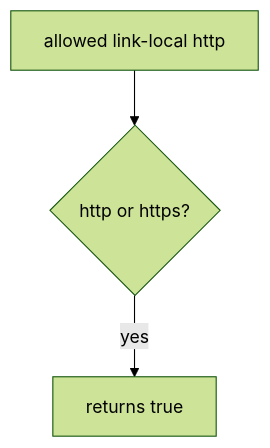
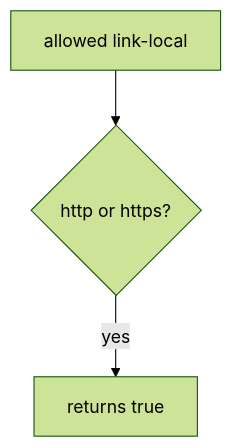
Before and after one commit to ishitvagoel/LearnSecurity: the diagram in content/modules/6/6.5/lessons/03-break.md, drawn with Mermaid (forest theme). The commit also changed other lines of this file and 55 other files, not shown here.

````diff
--- a/content/modules/6/6.5/lessons/03-break.md
+++ b/content/modules/6/6.5/lessons/03-break.md
@@ -17,5 +26,5 @@
 ```mermaid
 flowchart TD
-  Call["allowed link-local http"] --> Scheme{"http or https?"}
+  Call["allowed link-local"] --> Scheme{"http or https?"}
   Scheme -->|yes| True["returns true"]
 ```
````
